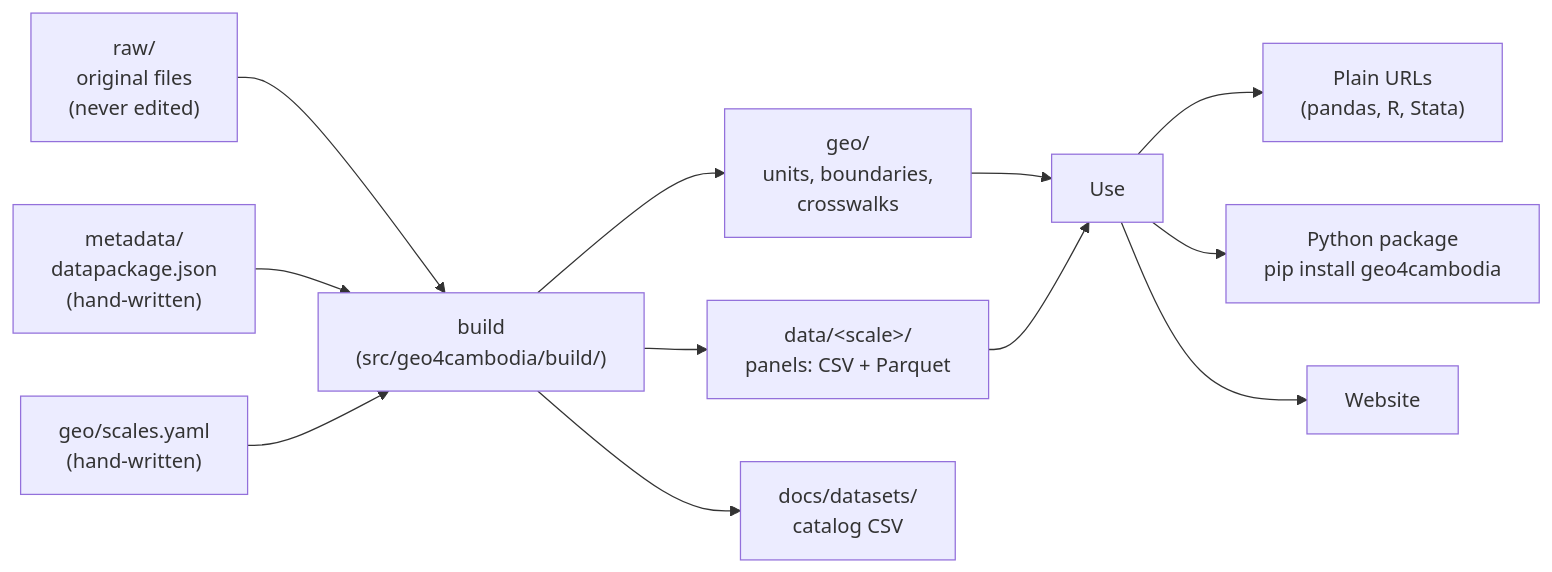
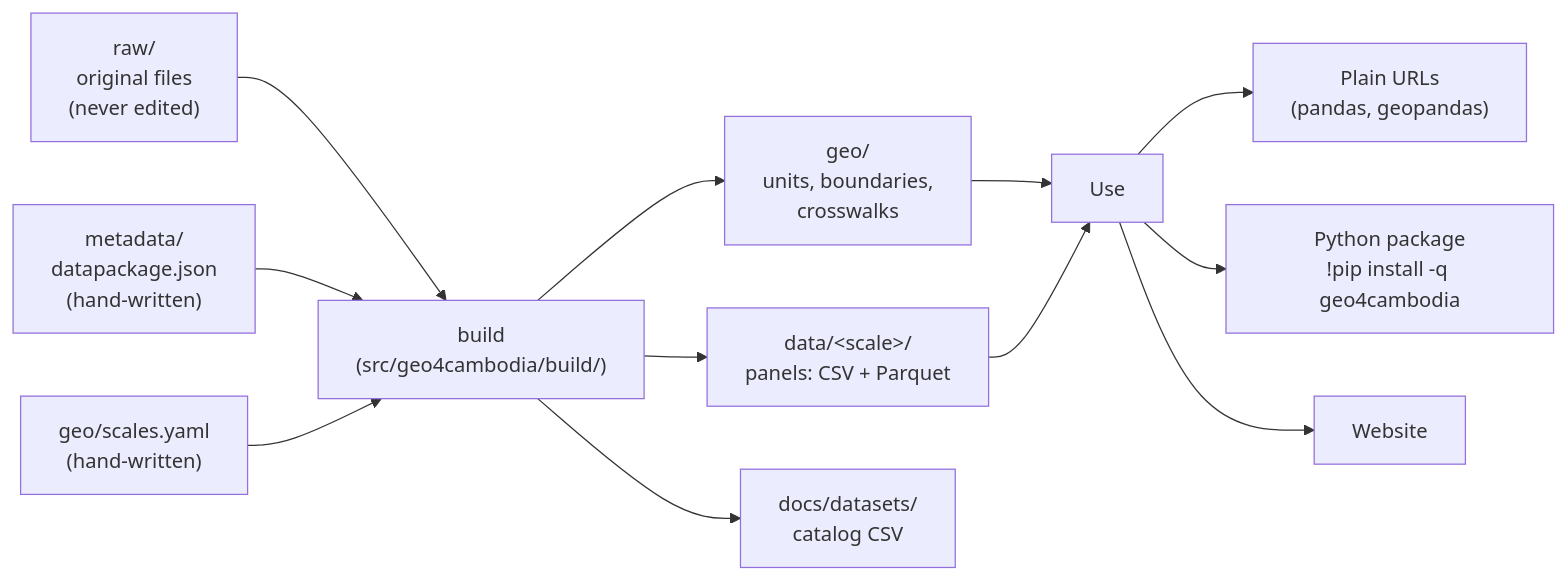
The diagram in docs/data-infrastructure.md (quarcs-lab/geo4cambodia), drawn with Mermaid before and after one commit. The commit also changed other lines of this file and 24 other files, not shown here.

````diff
--- a/docs/data-infrastructure.md
+++ b/docs/data-infrastructure.md
@@ -23,14 +23,14 @@
 ```mermaid
 flowchart LR
     raw["raw/<br/>original files<br/>(never edited)"] --> build["build<br/>(src/geo4cambodia/build/)"]
     meta["metadata/<br/>datapackage.json<br/>(hand-written)"] --> build
     scales["geo/scales.yaml<br/>(hand-written)"] --> build
     build --> geo["geo/<br/>units, boundaries,<br/>crosswalks"]
     build --> data["data/&lt;scale&gt;/<br/>panels: CSV + Parquet"]
     build --> docs["docs/datasets/<br/>catalog CSV"]
     geo --> use["Use"]
     data --> use
-    use --> url["Plain URLs<br/>(pandas, R, Stata)"]
-    use --> pkg["Python package<br/>pip install geo4cambodia"]
+    use --> url["Plain URLs<br/>(pandas, geopandas)"]
+    use --> pkg["Python package<br/>!pip install -q geo4cambodia"]
     use --> web["Website"]
 ```
````
